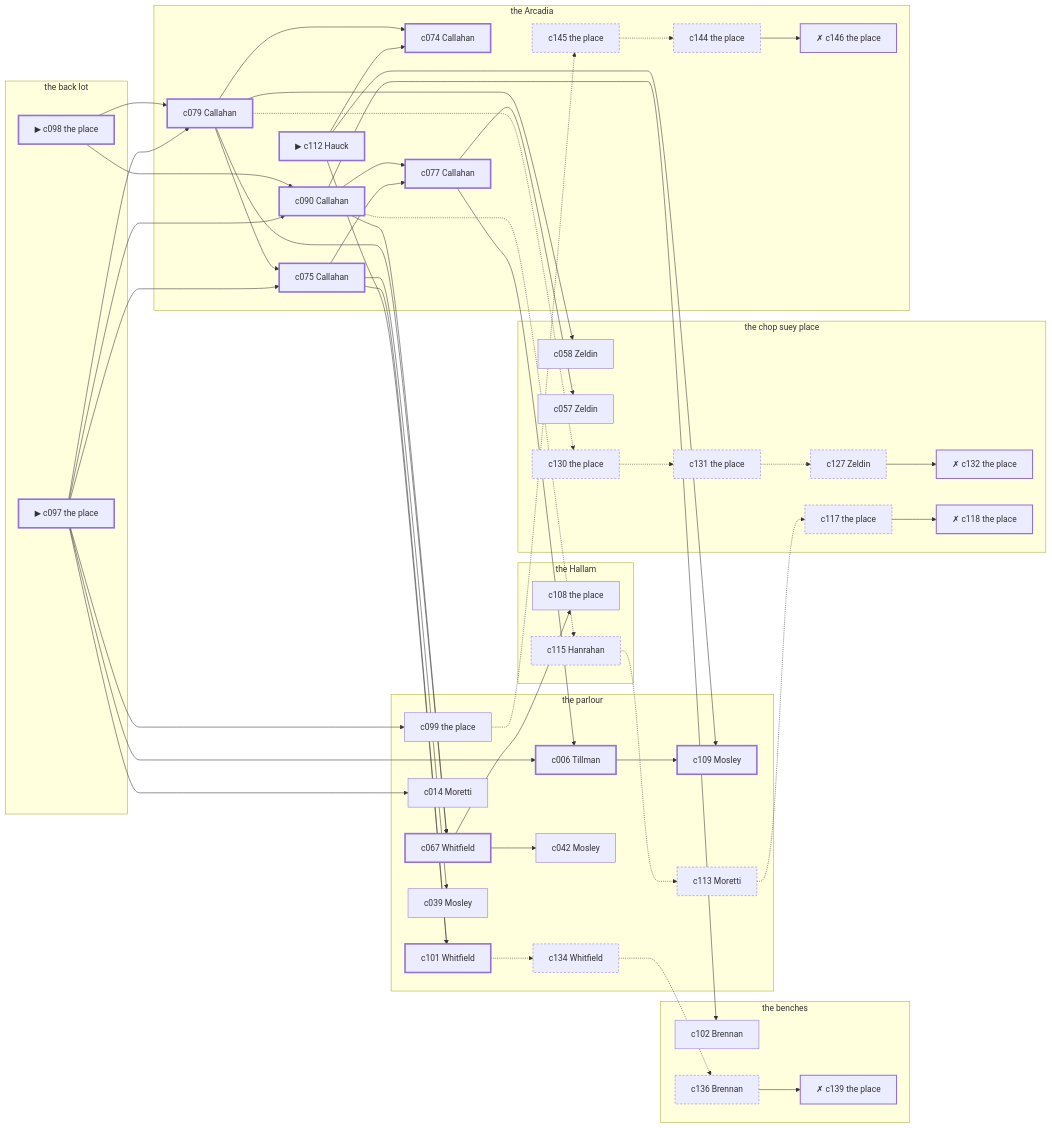
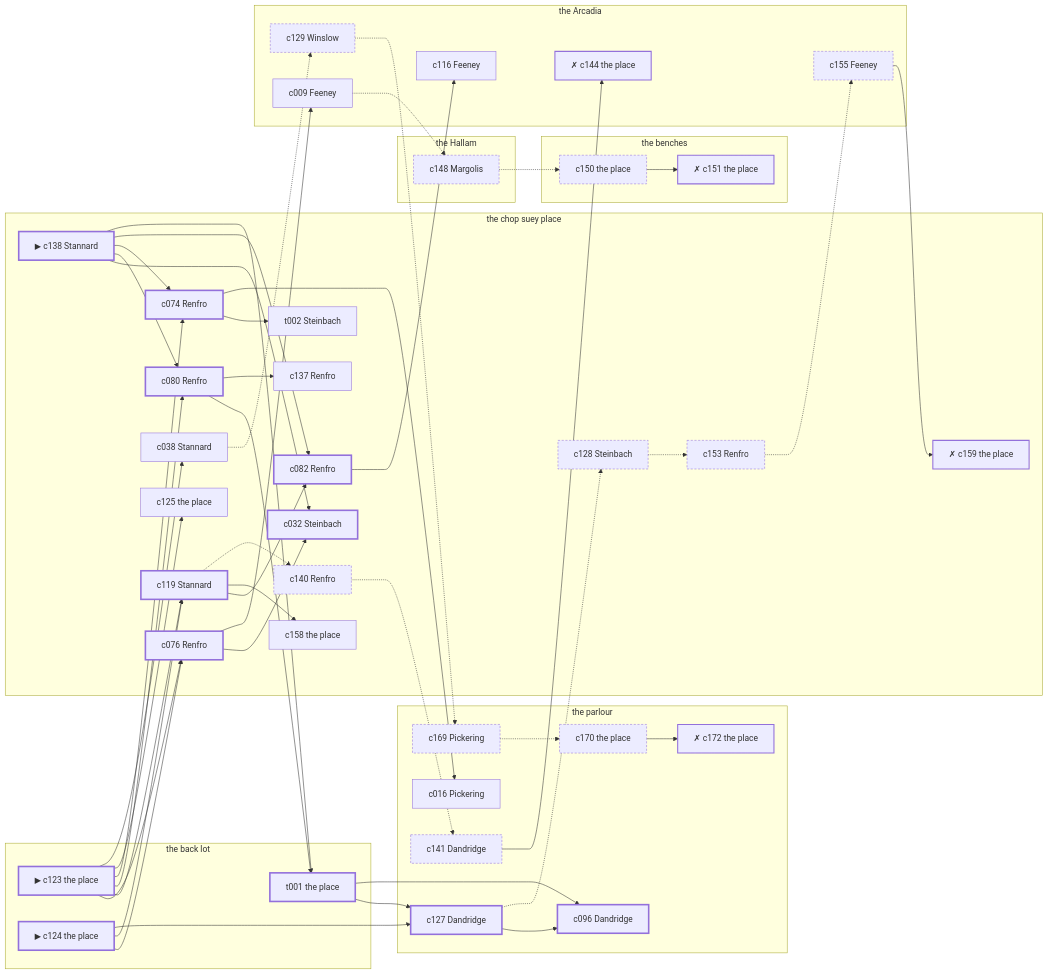
Before and after one commit to lyamshin/dashiell: the diagram in docs/samples/case-13.md, drawn with Mermaid. The commit also changed other lines of this file and 110 other files, not shown here.

````diff
--- a/docs/samples/case-13.md
+++ b/docs/samples/case-13.md
@@ -318,97 +705,97 @@
 ```mermaid
 graph LR
   subgraph P1["the back lot"]
-    c097["▶ c097 the place"]
-    c098["▶ c098 the place"]
+    c123["▶ c123 the place"]
+    c124["▶ c124 the place"]
+    t001["t001 the place"]
   end
   subgraph P2["the benches"]
-    c102["c102 Brennan"]
-    c136["c136 Brennan"]
-    c139["✗ c139 the place"]
+    c150["c150 the place"]
+    c151["✗ c151 the place"]
   end
   subgraph P3["the chop suey place"]
-    c058["c058 Zeldin"]
-    c057["c057 Zeldin"]
-    c130["c130 the place"]
-    c131["c131 the place"]
-    c127["c127 Zeldin"]
-    c132["✗ c132 the place"]
-    c117["c117 the place"]
-    c118["✗ c118 the place"]
+    c138["▶ c138 Stannard"]
+    c076["c076 Renfro"]
+    c119["c119 Stannard"]
+    c032["c032 Steinbach"]
+    c080["c080 Renfro"]
+    c074["c074 Renfro"]
+    c082["c082 Renfro"]
+    t002["t002 Steinbach"]
+    c137["c137 Renfro"]
+    c125["c125 the place"]
+    c038["c038 Stannard"]
+    c158["c158 the place"]
+    c128["c128 Steinbach"]
+    c153["c153 Renfro"]
+    c159["✗ c159 the place"]
+    c140["c140 Renfro"]
   end
   subgraph P4["the Hallam"]
-    c108["c108 the place"]
-    c115["c115 Hanrahan"]
+    c148["c148 Margolis"]
   end
   subgraph P5["the parlour"]
-    c101["c101 Whitfield"]
-    c006["c006 Tillman"]
-    c109["c109 Mosley"]
-    c067["c067 Whitfield"]
-    c014["c014 Moretti"]
-    c099["c099 the place"]
-    c039["c039 Mosley"]
-    c042["c042 Mosley"]
-    c113["c113 Moretti"]
-    c134["c134 Whitfield"]
+    c127["c127 Dandridge"]
+    c096["c096 Dandridge"]
+    c016["c016 Pickering"]
+    c169["c169 Pickering"]
+    c170["c170 the place"]
+    c172["✗ c172 the place"]
+    c141["c141 Dandridge"]
   end
   subgraph P6["the Arcadia"]
-    c112["▶ c112 Hauck"]
-    c079["c079 Callahan"]
-    c075["c075 Callahan"]
-    c074["c074 Callahan"]
-    c090["c090 Callahan"]
-    c077["c077 Callahan"]
-    c145["c145 the place"]
-    c144["c144 the place"]
-    c146["✗ c146 the place"]
+    c116["c116 Feeney"]
+    c009["c009 Feeney"]
+    c155["c155 Feeney"]
+    c129["c129 Winslow"]
+    c144["✗ c144 the place"]
   end
-  c097 --> c079
-  c097 --> c075
-  c097 --> c090
-  c097 --> c006
-  c097 --> c014
-  c097 --> c099
-  c098 --> c079
-  c098 --> c090
-  c112 --> c074
-  c112 --> c101
-  c112 --> c109
-  c079 --> c075
-  c079 --> c074
-  c079 --> c067
-  c079 --> c058
-  c079 -.-> c130
-  c075 --> c077
-  c075 --> c101
-  c075 --> c039
-  c090 --> c077
-  c090 --> c067
-  c090 --> c102
-  c090 -.-> c115
-  c077 --> c006
-  c077 --> c057
-  c101 -.-> c134
-  c006 --> c109
-  c067 --> c108
-  c067 --> c042
-  c099 -.-> c145
-  c130 -.-> c131
-  c131 -.-> c127
-  c127 --> c132
-  c115 -.-> c113
-  c113 -.-> c117
-  c117 --> c118
-  c145 -.-> c144
-  c144 --> c146
-  c134 -.-> c136
-  c136 --> c139
+  c123 --> c076
+  c123 --> c119
+  c123 --> c080
+  c123 --> c074
+  c123 --> c125
+  c123 --> c038
+  c124 --> c076
+  c124 --> c119
+  c124 --> c127
+  c138 --> c032
+  c138 --> c080
+  c138 --> c074
+  c138 --> c082
+  c138 --> t001
+  c076 --> c032
+  c076 --> c009
+  c119 --> c082
+  c119 --> c158
+  c119 -.-> c140
+  c080 --> t001
+  c080 --> c137
+  c074 --> t002
+  c074 --> c016
+  c082 --> c116
+  t001 --> c127
+  t001 --> c096
+  c127 --> c096
+  c127 -.-> c128
+  c009 -.-> c148
+  c038 -.-> c129
+  c128 -.-> c153
+  c153 -.-> c155
+  c155 --> c159
+  c129 -.-> c169
+  c169 -.-> c170
+  c170 --> c172
+  c148 -.-> c150
+  c150 --> c151
+  c140 -.-> c141
+  c141 --> c144
   classDef spine stroke-width:3px;
   classDef corrob stroke-width:1px;
   classDef noise stroke-dasharray: 4 3;
   classDef disq stroke-width:2px,stroke-dasharray: 1 0;
-  class c097,c098,c112,c079,c075,c074,c090,c077,c101,c006,c109,c067 spine;
-  class c108,c102,c014,c099,c058,c039,c042,c057 corrob;
-  class c130,c131,c127,c115,c113,c117,c145,c144,c134,c136 noise;
-  class c132,c118,c146,c139 disq;
+  class c123,c124,c138,c076,c119,c032,c080,c074,c082,t001,c127,c096 spine;
+  class c116,t002,c009,c137,c125,c016,c038,c158 corrob;
+  class c128,c153,c155,c129,c169,c170,c148,c150,c140,c141 noise;
+  class c159,c172,c151,c144 disq;
 ```
````
